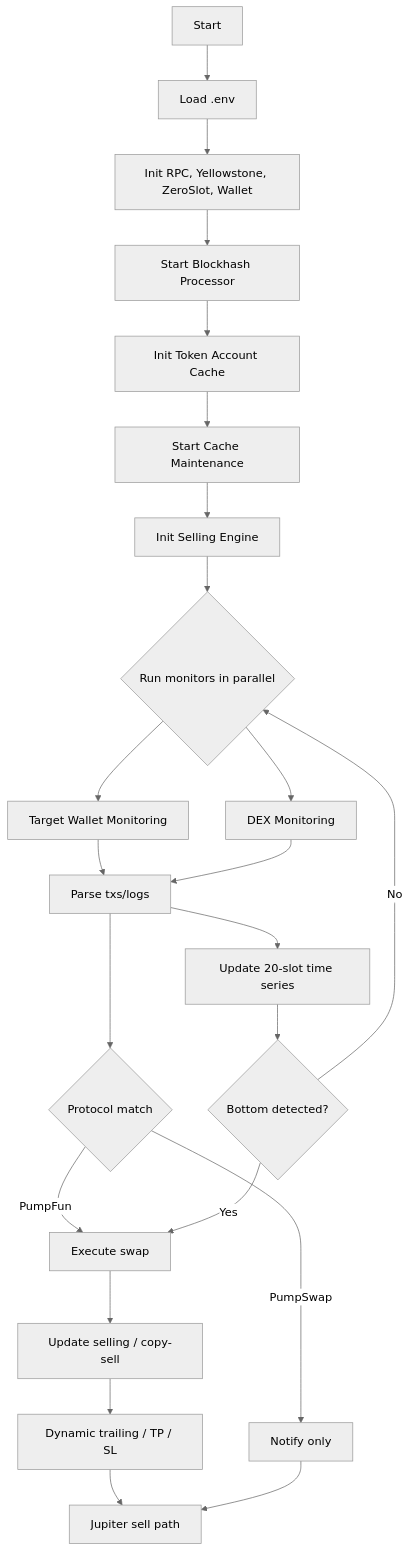
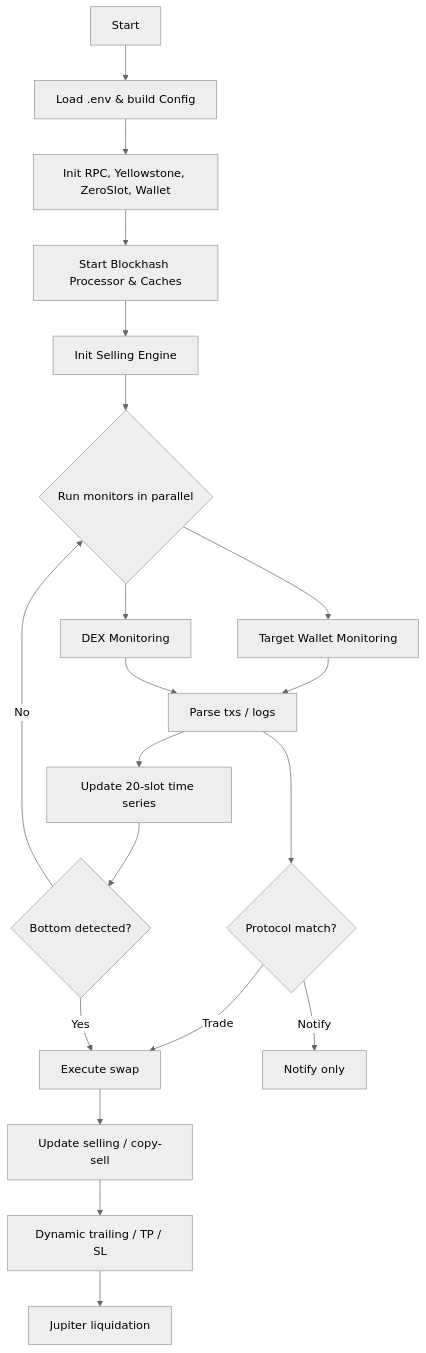
The diagram in README.md (yuto-kazuma/solana-sniper-bot), drawn with Mermaid (neutral theme) before and after one commit. The commit also changed other lines of this file and 1 other file, not shown here.

Commit message:
Add polished README with banner, features, and architecture diagram.

````diff
--- a/README.md
+++ b/README.md
@@ -29,25 +52,22 @@
 ```mermaid
 flowchart TD
-  A[Start] --> B[Load .env]
+  A[Start] --> B[Load .env & build Config]
   B --> C[Init RPC, Yellowstone, ZeroSlot, Wallet]
-  C --> D[Start Blockhash Processor]
-  D --> E[Init Token Account Cache]
-  E --> F[Start Cache Maintenance]
-  F --> G[Init Selling Engine]
-  G --> H{Run monitors in parallel}
-  H --> I[Target Wallet Monitoring]
-  H --> J[DEX Monitoring]
-  I --> K[Parse txs/logs]
-  J --> K
-  K --> L{Protocol match}
-  L --> |PumpFun| M[Execute swap]
-  L --> |PumpSwap| N[Notify only]
-  M --> O[Update selling / copy-sell]
-  O --> P[Dynamic trailing / TP / SL]
-  P --> Q[Jupiter sell path]
-  K --> R[Update 20-slot time series]
-  R --> S{Bottom detected?}
-  S --> |Yes| M
-  S --> |No| H
-  N --> Q
+  C --> D[Start Blockhash Processor & Caches]
+  D --> E[Init Selling Engine]
+  E --> F{Run monitors in parallel}
+  F --> G[Target Wallet Monitoring]
+  F --> H[DEX Monitoring]
+  G --> I[Parse txs / logs]
+  H --> I
+  I --> J{Protocol match?}
+  J -->|Trade| K[Execute swap]
+  J -->|Notify| L[Notify only]
+  K --> M[Update selling / copy-sell]
+  M --> N[Dynamic trailing / TP / SL]
+  N --> O[Jupiter liquidation]
+  I --> P[Update 20-slot time series]
+  P --> Q{Bottom detected?}
+  Q -->|Yes| K
+  Q -->|No| F
 ```
````
